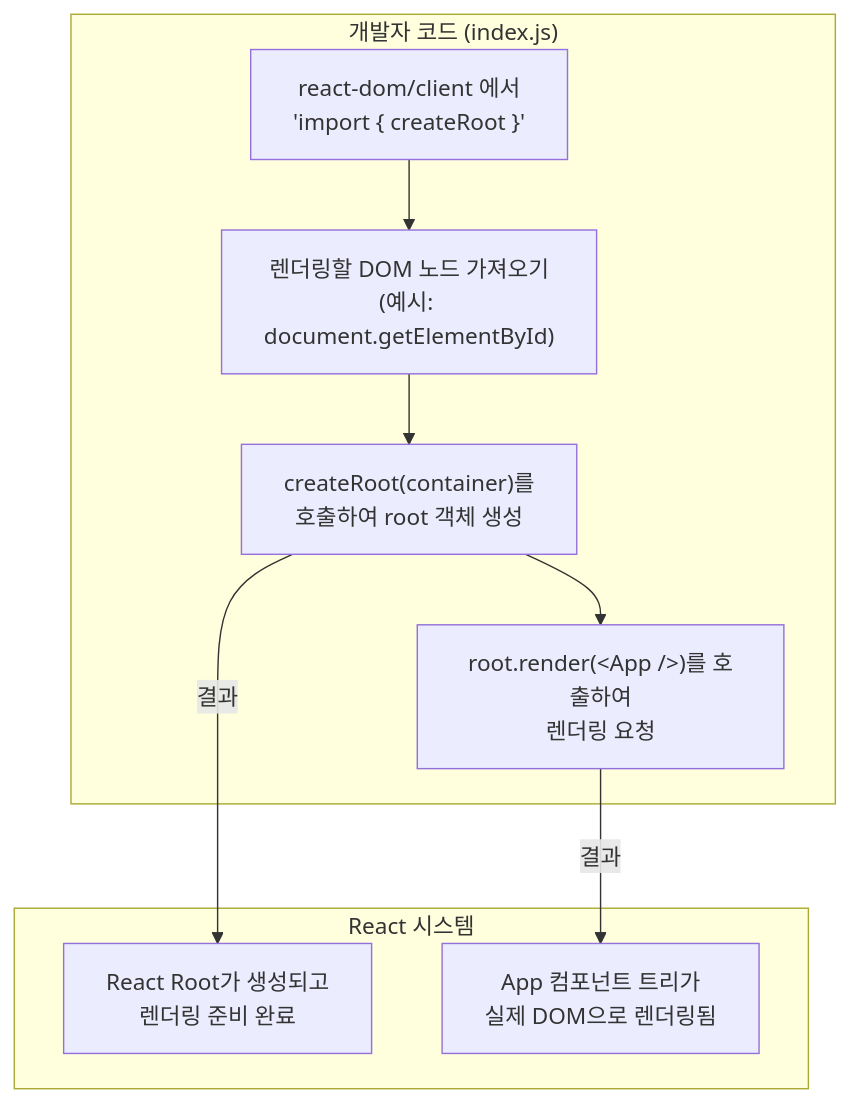
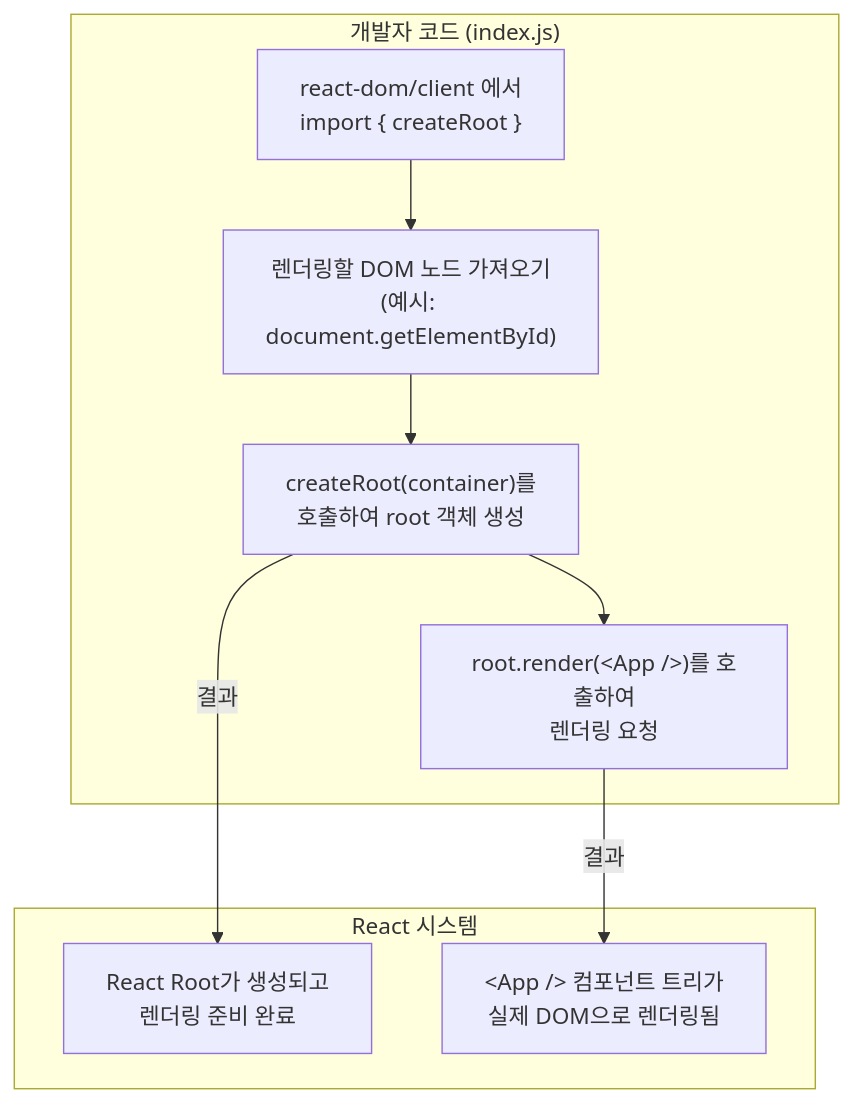
Before and after one commit to devtedlee/ted-projects-blog: the first of 3 diagrams in cmdsppe7y000w02lh4rhkc76h.md, drawn with Mermaid.

Commit message:
update post: React19 Internals 1: 초기 마운트

````diff
--- a/cmdsppe7y000w02lh4rhkc76h.md
+++ b/cmdsppe7y000w02lh4rhkc76h.md
@@ -20,16 +20,16 @@
 ```mermaid
 flowchart TD
-    subgraph a["개발자 코드 (index.js)"]
-        A["react-dom/client 에서<br/>'import { createRoot }'"] --> B["렌더링할 DOM 노드 가져오기<br/>(예시: <br />document.getElementById)"]
+    subgraph "개발자 코드 (index.js)"
+        A["react-dom/client 에서<br/>import { createRoot }"] --> B["렌더링할 DOM 노드 가져오기<br/>(예시: <br />document.getElementById)"]
         B --> C["createRoot(container)를 <br/>호출하여 root 객체 생성"]
         C --> D["root.render(&lt;App /&gt;)를 호출하여<br/>렌더링 요청"]
     end
 
-    subgraph b["React 시스템"]
+    subgraph "React 시스템"
         E["React Root가 생성되고<br/>렌더링 준비 완료"]
-        F["App 컴포넌트 트리가<br/>실제 DOM으로 렌더링됨"]
+        F["&lt;App /&gt; 컴포넌트 트리가<br/>실제 DOM으로 렌더링됨"]
     end
 
     C -- "결과" --> E
     D -- "결과" --> F
 ```
````
